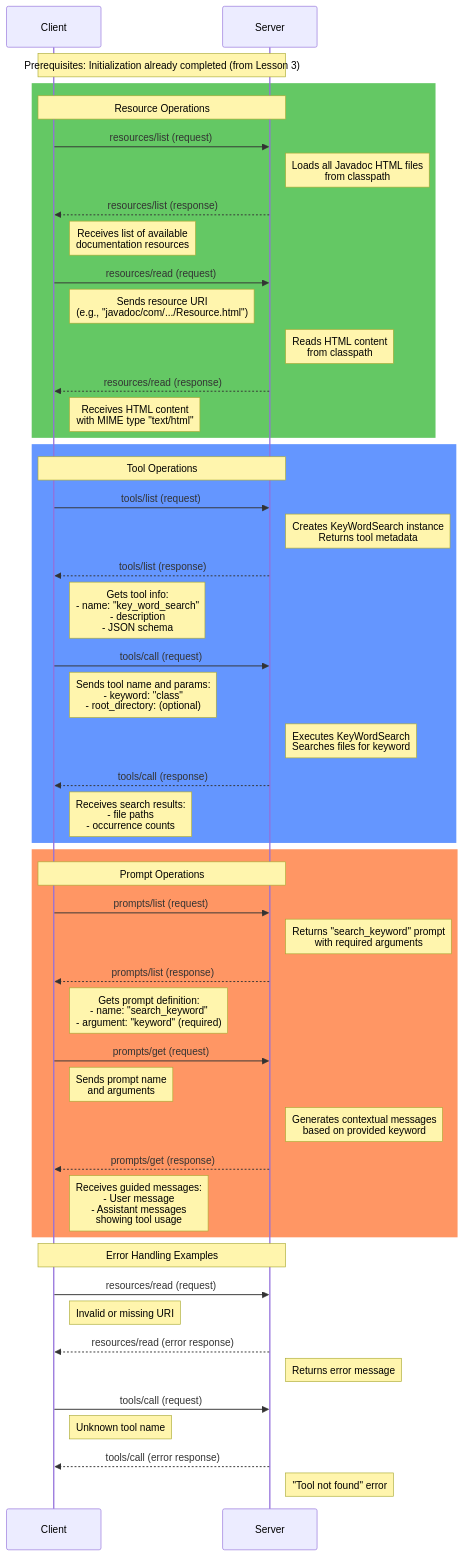
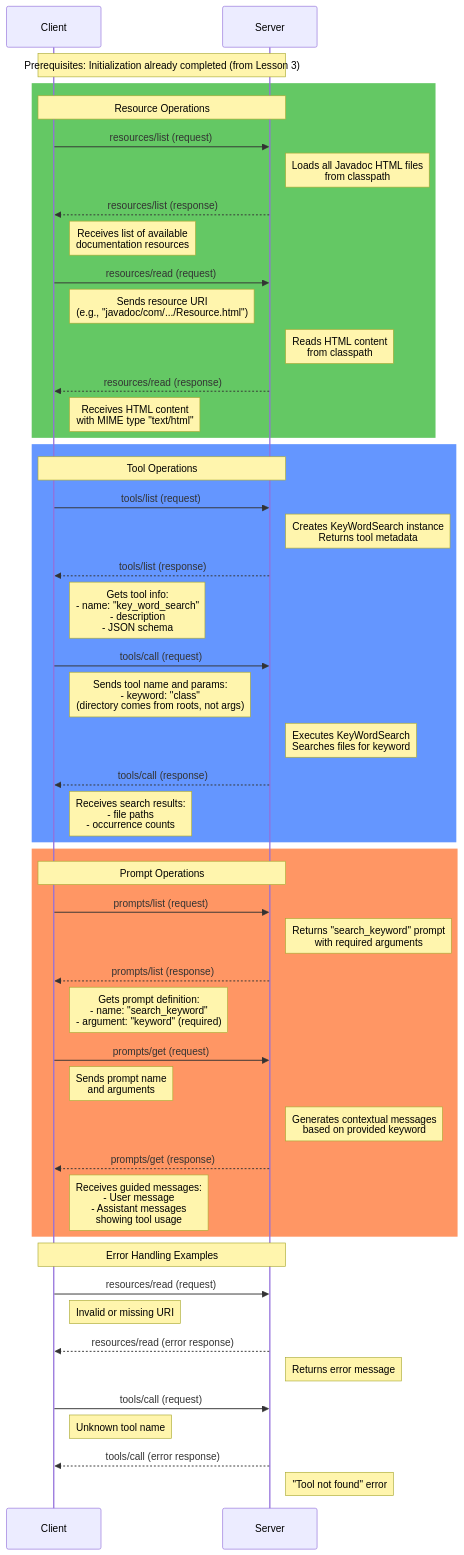
The diagram in lessons/04-mcp-message-flow.md (David-Parry/agent-mcp-workshop), drawn with Mermaid before and after one commit. The commit also changed 13 other files, not shown here.

````diff
--- a/lessons/04-mcp-message-flow.md
+++ b/lessons/04-mcp-message-flow.md
@@ -5,61 +5,61 @@
 ```mermaid
 sequenceDiagram
     participant Client
     participant Server
     
     Note over Client,Server: Prerequisites: Initialization already completed (from Lesson 3)
     
     rect rgb(100, 200, 100)
         Note over Client,Server: Resource Operations
         Client->>Server: resources/list (request)
         Note right of Server: Loads all Javadoc HTML files<br/>from classpath
         Server-->>Client: resources/list (response)
         Note right of Client: Receives list of available<br/>documentation resources
         
         Client->>Server: resources/read (request)
         Note right of Client: Sends resource URI<br/>(e.g., "javadoc/com/.../Resource.html")
         Note right of Server: Reads HTML content<br/>from classpath
         Server-->>Client: resources/read (response)
         Note right of Client: Receives HTML content<br/>with MIME type "text/html"
     end
     
     rect rgb(100, 150, 255)
         Note over Client,Server: Tool Operations
         Client->>Server: tools/list (request)
         Note right of Server: Creates KeyWordSearch instance<br/>Returns tool metadata
         Server-->>Client: tools/list (response)
         Note right of Client: Gets tool info:<br/>- name: "key_word_search"<br/>- description<br/>- JSON schema
         
         Client->>Server: tools/call (request)
-        Note right of Client: Sends tool name and params:<br/>- keyword: "class"<br/>- root_directory: (optional)
+        Note right of Client: Sends tool name and params:<br/>- keyword: "class"<br/>(directory comes from roots, not args)
         Note right of Server: Executes KeyWordSearch<br/>Searches files for keyword
         Server-->>Client: tools/call (response)
         Note right of Client: Receives search results:<br/>- file paths<br/>- occurrence counts
     end
     
     rect rgb(255, 150, 100)
         Note over Client,Server: Prompt Operations
         Client->>Server: prompts/list (request)
         Note right of Server: Returns "search_keyword" prompt<br/>with required arguments
         Server-->>Client: prompts/list (response)
         Note right of Client: Gets prompt definition:<br/>- name: "search_keyword"<br/>- argument: "keyword" (required)
         
         Client->>Server: prompts/get (request)
         Note right of Client: Sends prompt name<br/>and arguments
         Note right of Server: Generates contextual messages<br/>based on provided keyword
         Server-->>Client: prompts/get (response)
         Note right of Client: Receives guided messages:<br/>- User message<br/>- Assistant messages<br/>showing tool usage
     end
     
     Note over Client,Server: Error Handling Examples
     
     Client->>Server: resources/read (request)
     Note right of Client: Invalid or missing URI
     Server-->>Client: resources/read (error response)
     Note right of Server: Returns error message
     
     Client->>Server: tools/call (request)
     Note right of Client: Unknown tool name
     Server-->>Client: tools/call (error response)
     Note right of Server: "Tool not found" error
 ```
````
